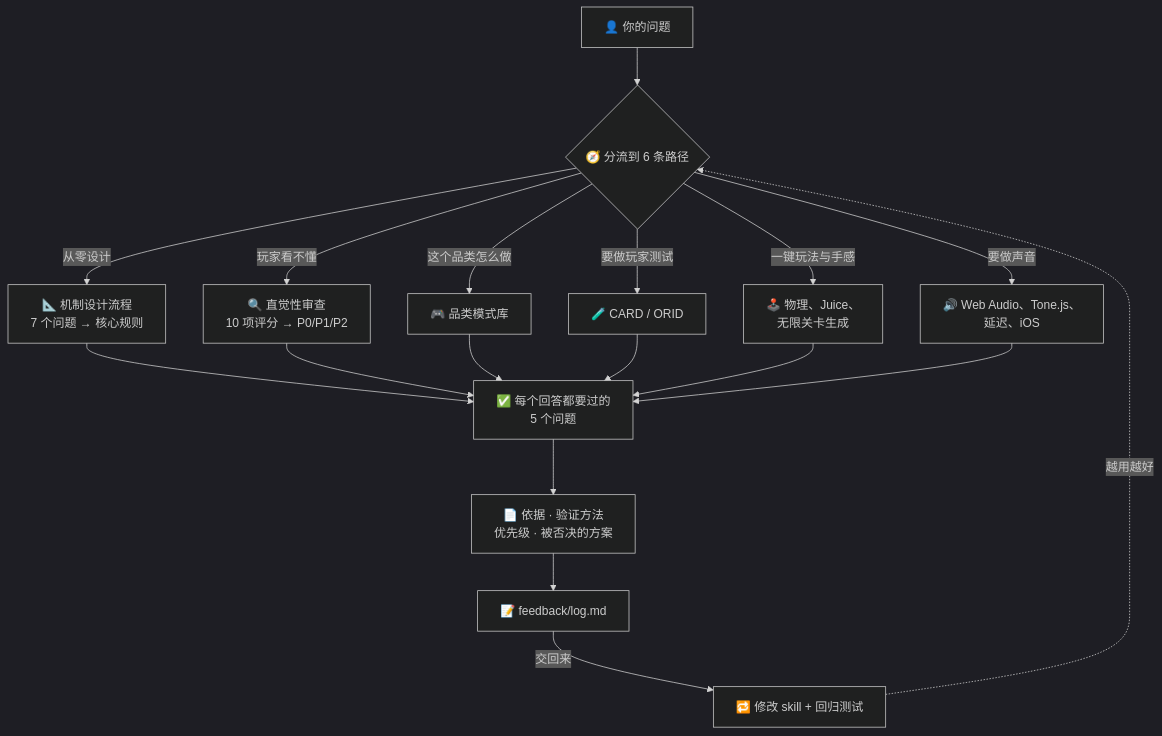
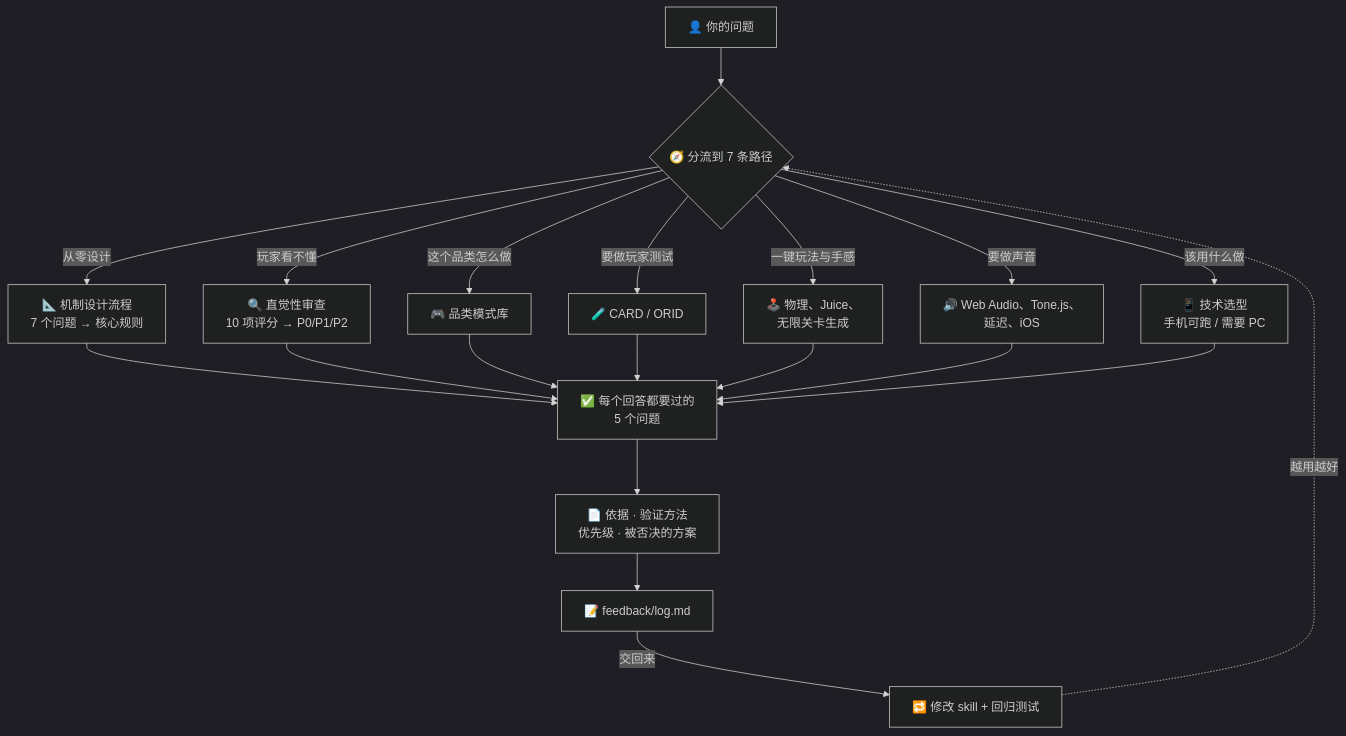
One commit to takaoumehara/intuitive-game-design-skill changed the diagram in README.zh-CN.md. Above: the diagram before and after it, drawn with Mermaid (dark theme). The commit also changed other lines of this file and 7 other files, not shown here.

````diff
--- a/README.zh-CN.md
+++ b/README.zh-CN.md
@@ -24,17 +24,18 @@
 ```mermaid
 flowchart TD
-    U["👤 你的问题"] --> R{"🧭 分流到 6 条路径"}
+    U["👤 你的问题"] --> R{"🧭 分流到 7 条路径"}
 
     R -->|"从零设计"| A["📐 机制设计流程<br/>7 个问题 → 核心规则"]
     R -->|"玩家看不懂"| B["🔍 直觉性审查<br/>10 项评分 → P0/P1/P2"]
     R -->|"这个品类怎么做"| C["🎮 品类模式库"]
     R -->|"要做玩家测试"| D["🧪 CARD / ORID"]
     R -->|"一键玩法与手感"| E["🕹️ 物理、Juice、<br/>无限关卡生成"]
     R -->|"要做声音"| F["🔊 Web Audio、Tone.js、<br/>延迟、iOS"]
+    R -->|"该用什么做"| G["📱 技术选型<br/>手机可跑 / 需要 PC"]
 
-    A & B & C & D & E & F --> Q["✅ 每个回答都要过的<br/>5 个问题"]
+    A & B & C & D & E & F & G --> Q["✅ 每个回答都要过的<br/>5 个问题"]
     Q --> O["📄 依据 · 验证方法<br/>优先级 · 被否决的方案"]
     O --> L["📝 feedback/log.md"]
     L -->|"交回来"| FIX["🔁 修改 skill + 回归测试"]
     FIX -.->|"越用越好"| R
 ```
````
